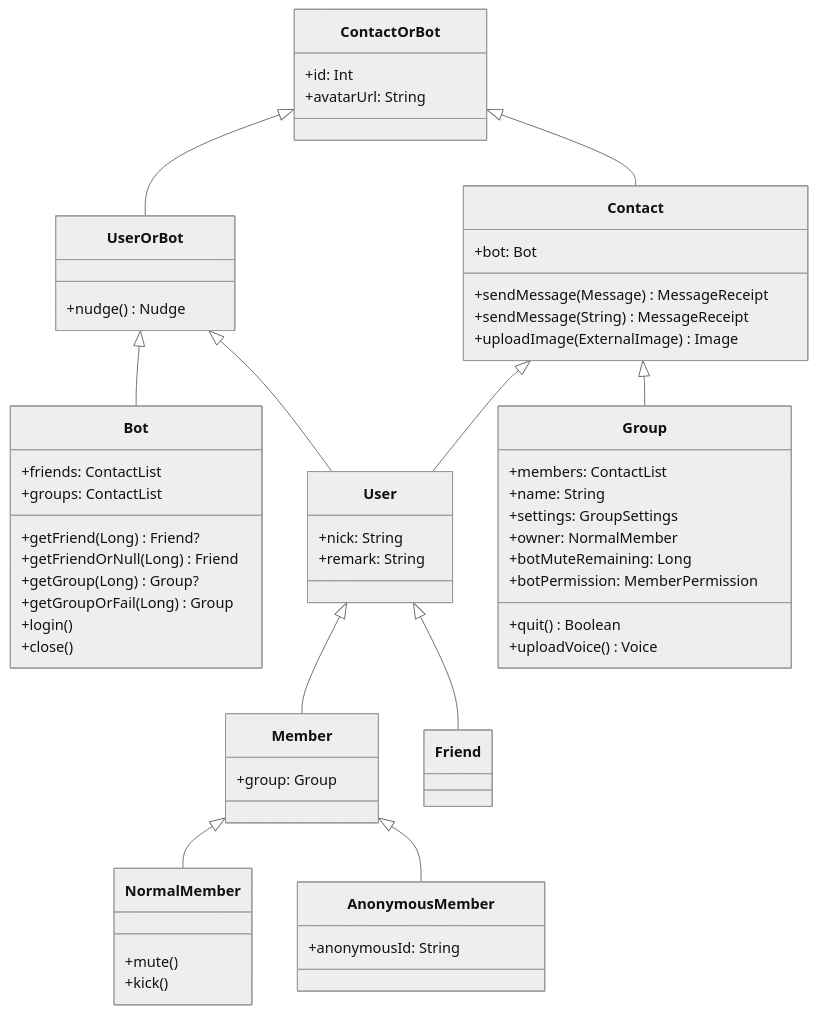
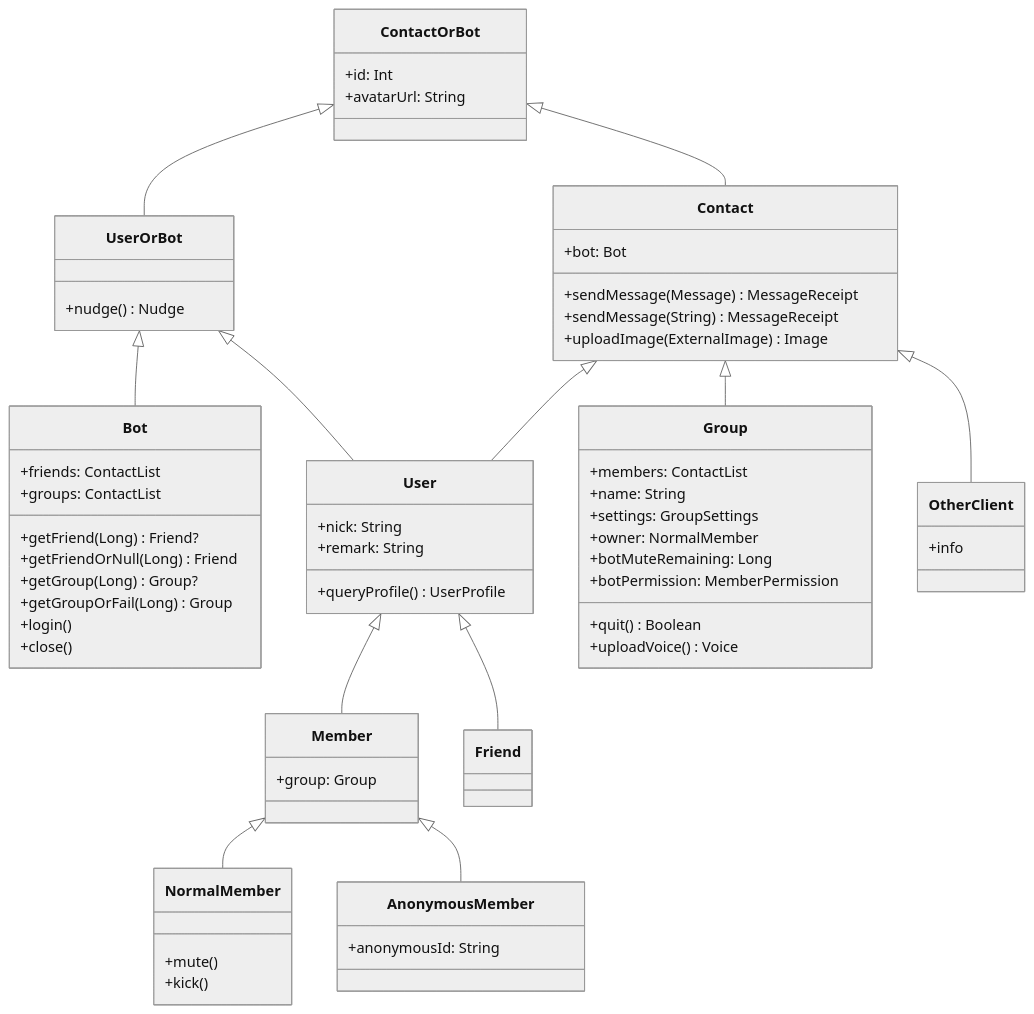
One commit to mamoe/mirai changed the diagram in docs/src/Contacts.mermaid.md. Above: the diagram before and after it, drawn with Mermaid (neutral theme). The commit also changed 1 other file, not shown here.

Commit message:
Update docs: Contacts diagrams

````diff
--- a/docs/src/Contacts.mermaid.md
+++ b/docs/src/Contacts.mermaid.md
@@ -1,74 +1,80 @@
 ```mermaid
 classDiagram
 
 class Bot {
     +friends: ContactList
     +groups: ContactList
     +getFriend(Long) Friend?
     +getFriendOrNull(Long) Friend
     +getGroup(Long) Group?
     +getGroupOrFail(Long) Group
     +login()
     +close()
 }
 
 class ContactOrBot {
     +id: Int
     +avatarUrl: String
 }
 
 class UserOrBot {
     +nudge() Nudge
 }
 
 class Contact {
     +bot: Bot
     +sendMessage(Message) MessageReceipt
     +sendMessage(String) MessageReceipt
     +uploadImage(ExternalImage) Image
 }
 
 class User {
     +nick: String
     +remark: String
+    +queryProfile() UserProfile
 }
 
 class Group {
     +members: ContactList
     +name: String
     +settings: GroupSettings
     +owner: NormalMember
     +botMuteRemaining: Long
     +botPermission: MemberPermission
     +quit() Boolean
     +uploadVoice() Voice
 }
 
 class NormalMember {
     +mute()
     +kick()
 }
 
 class AnonymousMember {
     +anonymousId: String
 }
 
 class Member {
     +group: Group
 }
 
+class OtherClient {
+    +info
+}
+
 ContactOrBot<|--Contact
 ContactOrBot<|--UserOrBot
 
 UserOrBot<|--Bot
 UserOrBot<|--User
 
 Contact<|--User
 Contact<|--Group
+Contact<|--OtherClient
 
 User<|--Member
 User<|--Friend
 
 Member<|--NormalMember
 Member<|--AnonymousMember
 ```
````
